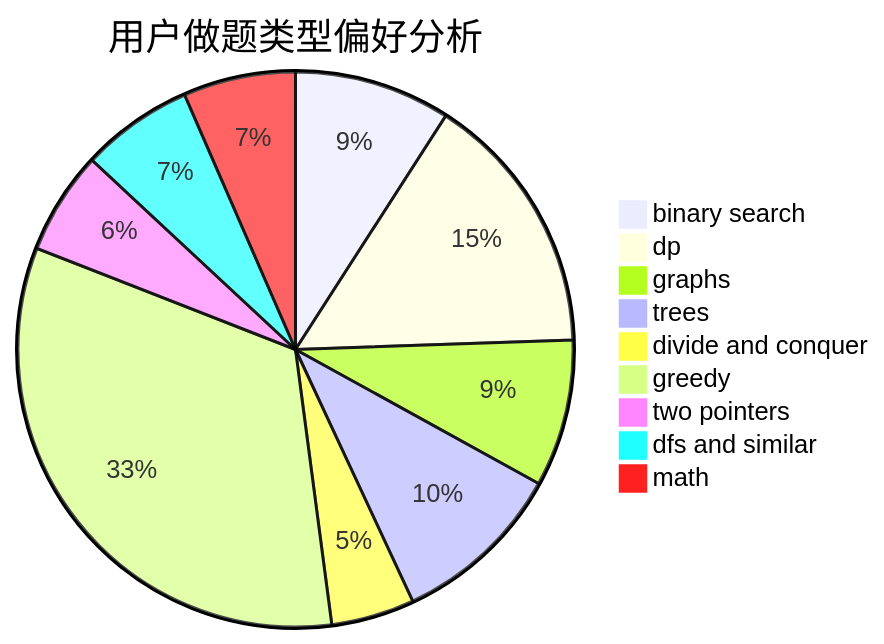
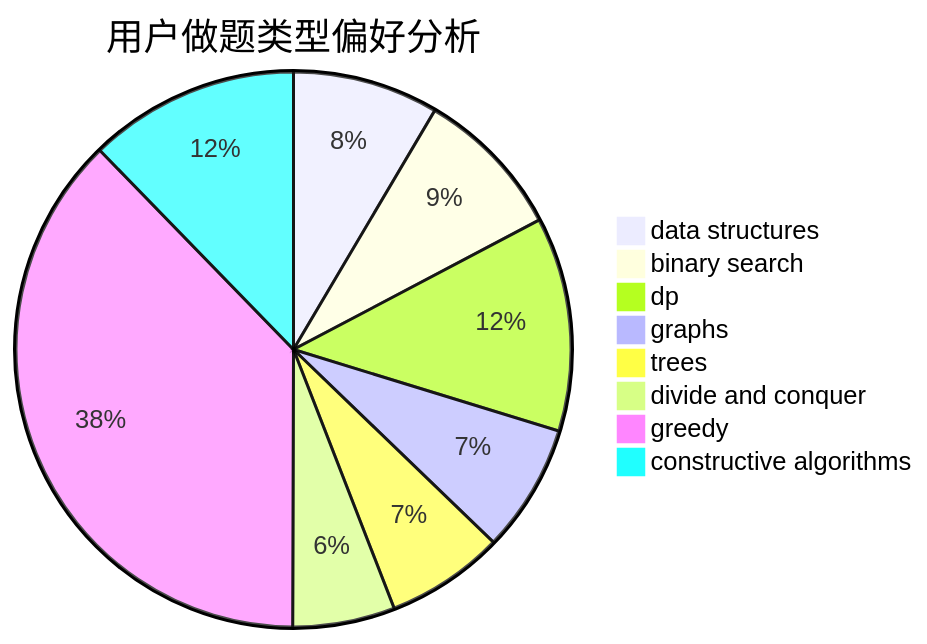
Before and after one commit to sherpahu/cfrs.github.io: the second of 3 diagrams in docs/user/u119.md, drawn with Mermaid. The commit also changed other lines of this file and 2775 other files, not shown here.

````diff
--- a/docs/user/u119.md
+++ b/docs/user/u119.md
@@ -23,12 +23,11 @@
 ```mermaid
 pie title 用户做题类型偏好分析
-    "binary search" :  135
-    "dp" :  228
-    "graphs" :  127
-    "trees" :  149
-    "divide and conquer" :  72
-    "greedy" :  490
-    "two pointers" :  89
-    "dfs and similar" :  97
-    "math" :  97
+    "data structures" :  90
+    "binary search" :  93
+    "dp" :  132
+    "graphs" :  79
+    "trees" :  73
+    "divide and conquer" :  63
+    "greedy" :  399
+    "constructive algorithms" :  130
 ```
````
